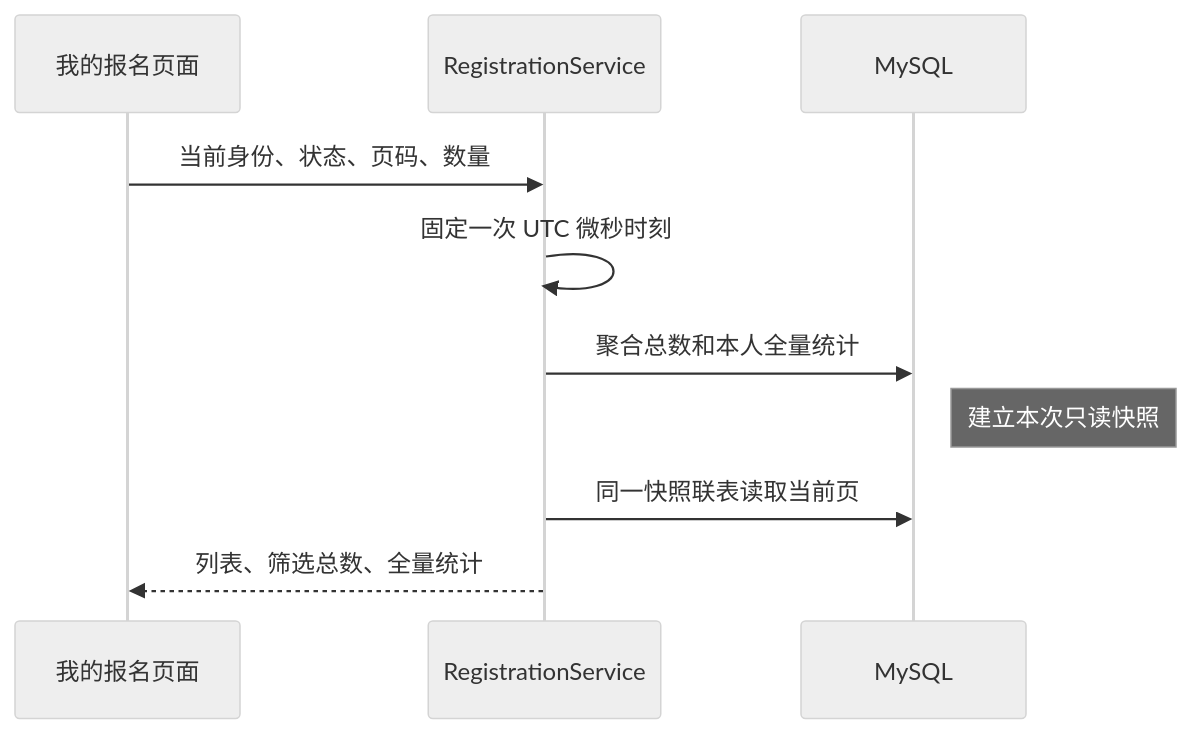
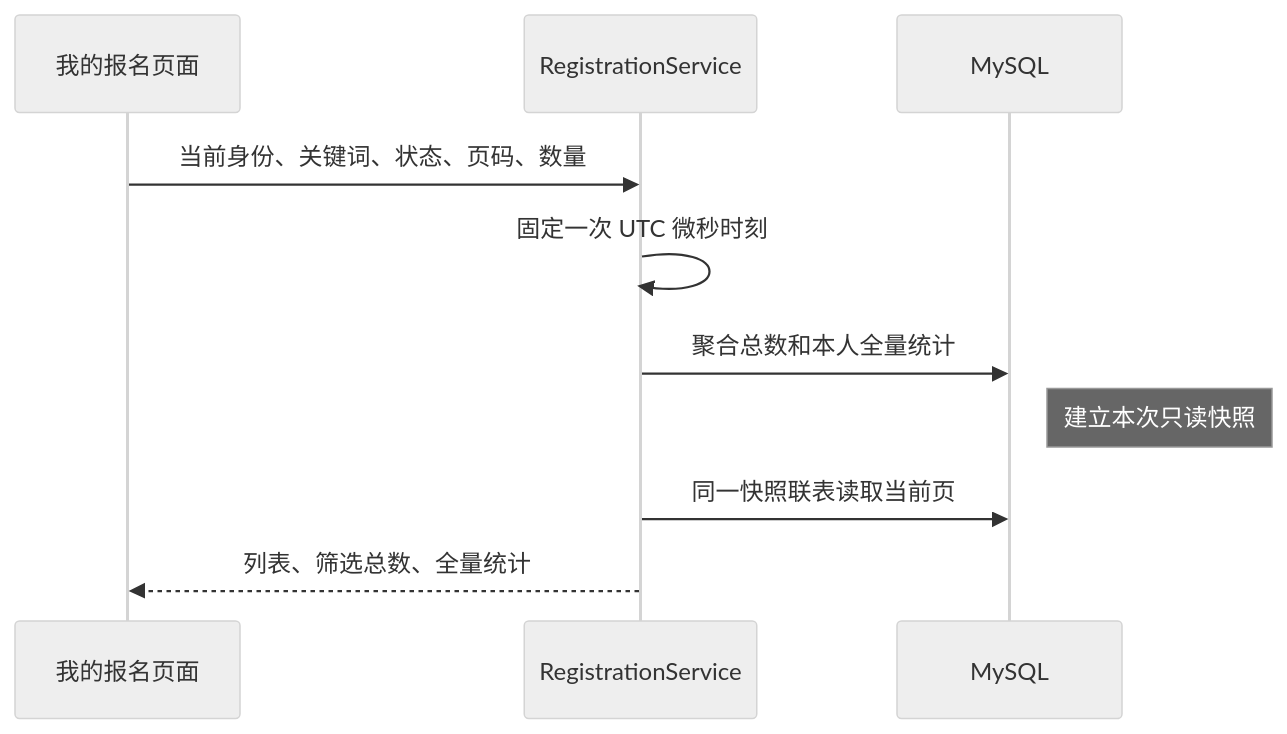
Before and after one commit to GTASDAW/MYCODE: the diagram in docs/my-registrations-guide.md, drawn with Mermaid (neutral theme). The commit also changed other lines of this file and 14 other files, not shown here.

````diff
--- a/docs/my-registrations-guide.md
+++ b/docs/my-registrations-guide.md
@@ -43,12 +45,12 @@
 ```mermaid
 sequenceDiagram
     participant UI as 我的报名页面
     participant S as RegistrationService
     participant DB as MySQL
-    UI->>S: 当前身份、状态、页码、数量
+    UI->>S: 当前身份、关键词、状态、页码、数量
     S->>S: 固定一次 UTC 微秒时刻
     S->>DB: 聚合总数和本人全量统计
     Note right of DB: 建立本次只读快照
     S->>DB: 同一快照联表读取当前页
     S-->>UI: 列表、筛选总数、全量统计
 ```
````
